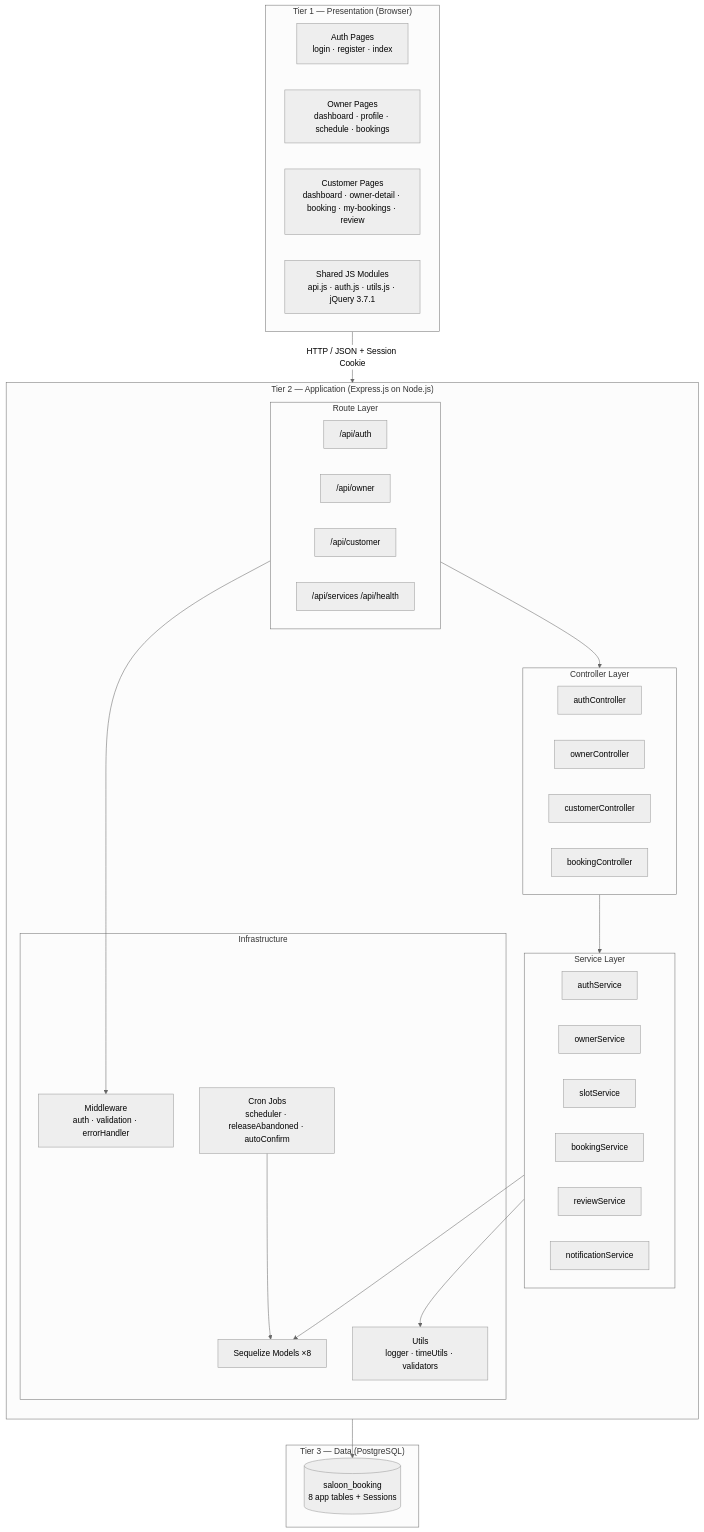
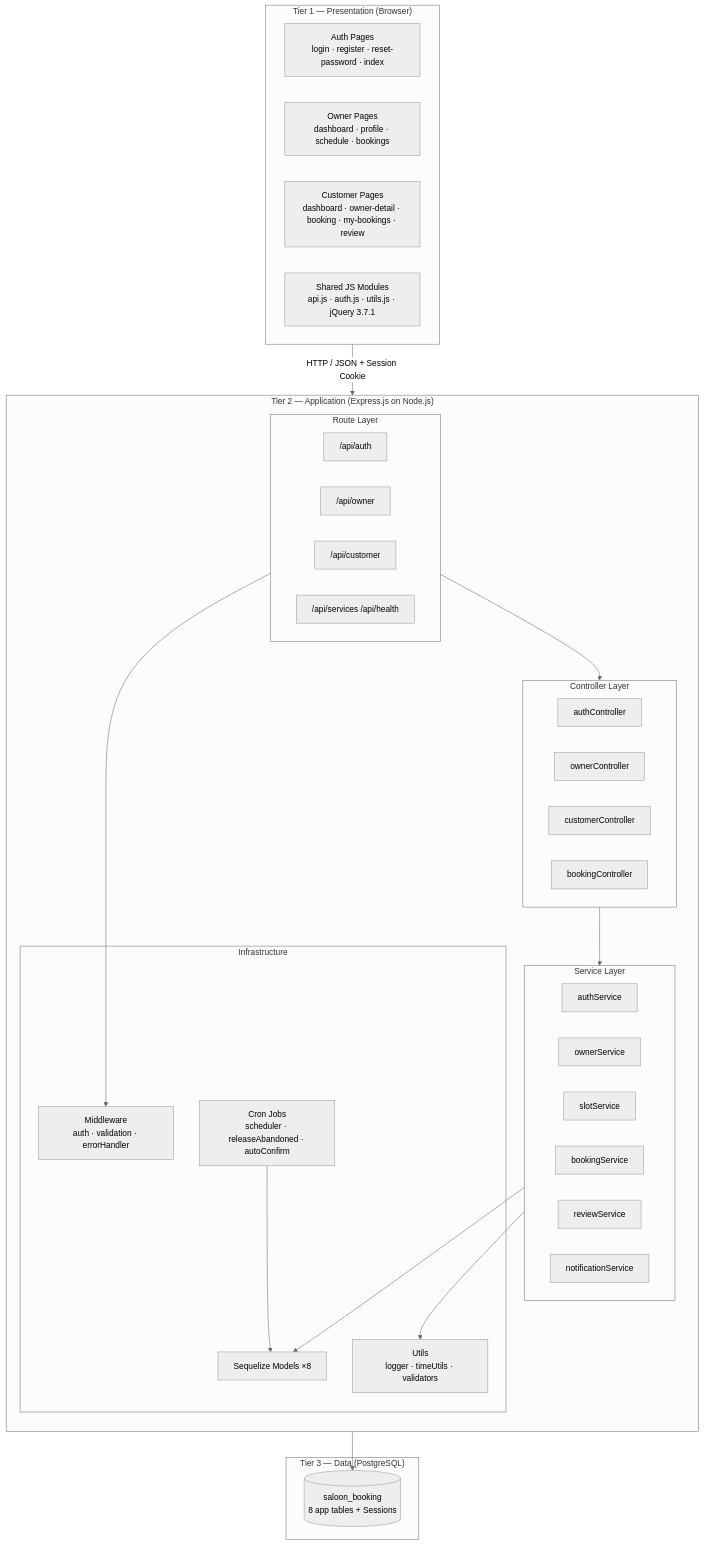
The first of 21 diagrams in docs/PROJECT-REPORT.md (sp075/salon-booking-system), drawn with Mermaid (neutral theme) before and after one commit. The commit also changed other lines of this file and 10 other files, not shown here.

First line of the commit message:
feat: add password reset functionality (#4)

````diff
--- a/docs/PROJECT-REPORT.md
+++ b/docs/PROJECT-REPORT.md
@@ -106,53 +106,53 @@
 ```mermaid
 flowchart TB
     subgraph Tier1["Tier 1 — Presentation (Browser)"]
         direction LR
-        AuthPages["Auth Pages\nlogin · register · index"]
+        AuthPages["Auth Pages\nlogin · register · reset-password · index"]
         OwnerPages["Owner Pages\ndashboard · profile · schedule · bookings"]
         CustomerPages["Customer Pages\ndashboard · owner-detail · booking · my-bookings · review"]
         SharedJS["Shared JS Modules\napi.js · auth.js · utils.js · jQuery 3.7.1"]
     end
 
     subgraph Tier2["Tier 2 — Application (Express.js on Node.js)"]
         direction TB
         subgraph RouteLayer["Route Layer"]
             AR["/api/auth"]
             OR["/api/owner"]
             CR["/api/customer"]
             PR["/api/services  /api/health"]
         end
         subgraph ControllerLayer["Controller Layer"]
             AC["authController"]
             OC["ownerController"]
             CC["customerController"]
             BC["bookingController"]
         end
         subgraph ServiceLayer["Service Layer"]
             AS["authService"]
             OS["ownerService"]
             SS["slotService"]
             BS["bookingService"]
             RS["reviewService"]
             NS["notificationService"]
         end
         subgraph Infra["Infrastructure"]
             MW["Middleware\nauth · validation · errorHandler"]
             JOBS["Cron Jobs\nscheduler · releaseAbandoned · autoConfirm"]
             UTILS["Utils\nlogger · timeUtils · validators"]
             MODELS["Sequelize Models  ×8"]
         end
     end
 
     subgraph Tier3["Tier 3 — Data (PostgreSQL)"]
         DB[("saloon_booking\n8 app tables + Sessions")]
     end
 
     Tier1 -- "HTTP / JSON + Session Cookie" --> RouteLayer
     RouteLayer --> MW
     RouteLayer --> ControllerLayer
     ControllerLayer --> ServiceLayer
     ServiceLayer --> MODELS
     MODELS --> DB
     JOBS --> MODELS
     ServiceLayer --> UTILS
 ```
````
